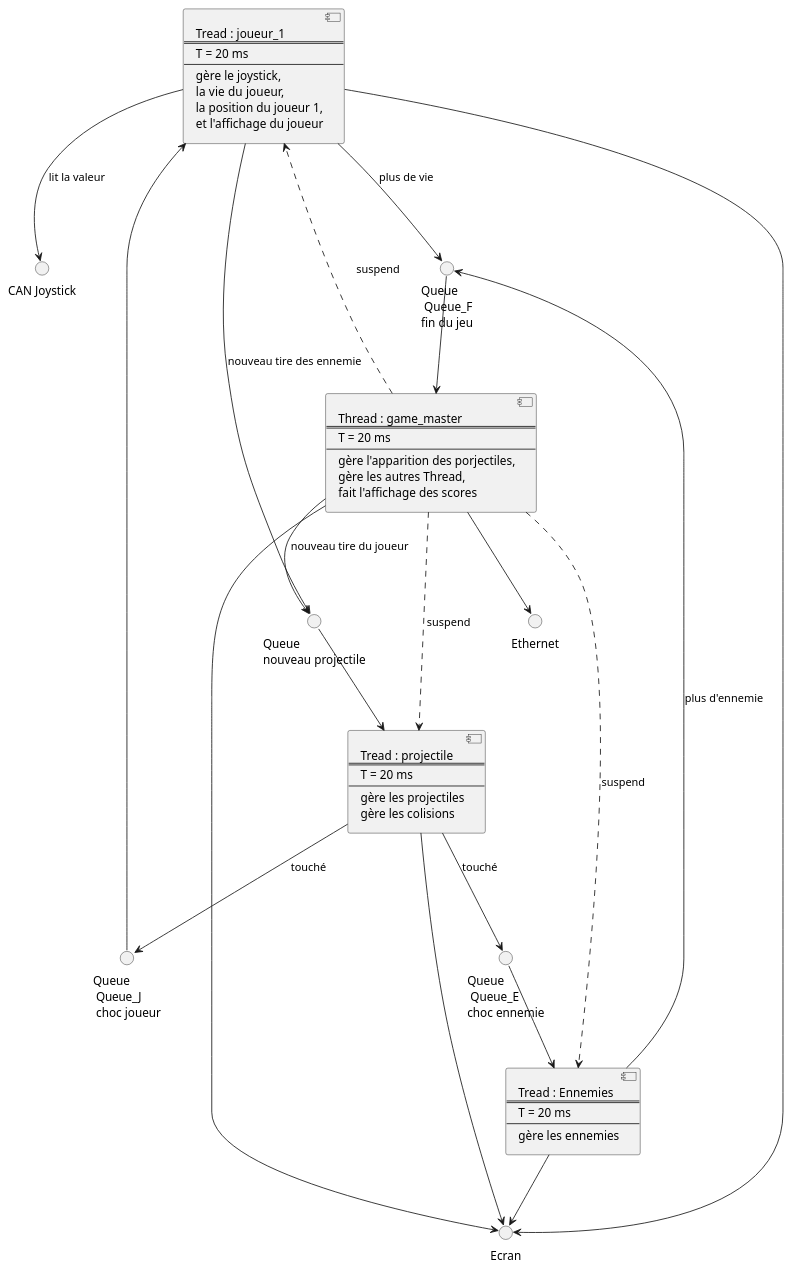
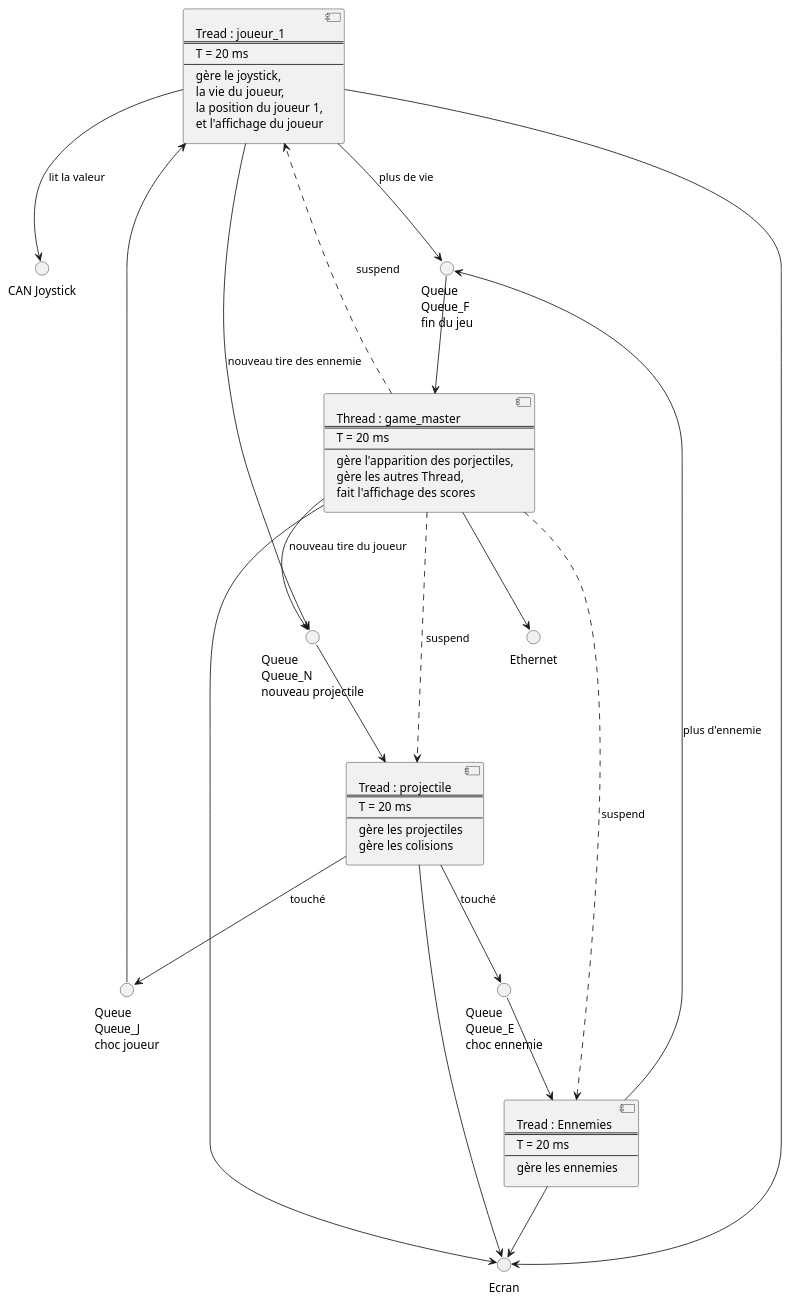
One commit to EmileClement/Space_Invaders changed the diagram in Biblio/UML/threads.puml. Above: the diagram before and after it, drawn with PlantUML.

```diff
--- a/Biblio/UML/threads.puml
+++ b/Biblio/UML/threads.puml
@@ -1,66 +1,66 @@
 @startuml Architecture projet
 interface "CAN Joystick" as CAN
 interface "Ecran" as LCD
 interface "Ethernet" as ether
-interface "Queue\n Queue_J\n choc joueur" as Queue_J
-interface "Queue\n Queue_E\nchoc ennemie" as Queue_E
-interface "Queue\n Queue_F\nfin du jeu" as Queue_F
-interface "Queue\nnouveau projectile" as Queue_N
+interface "Queue\nQueue_J\nchoc joueur" as Queue_J
+interface "Queue\nQueue_E\nchoc ennemie" as Queue_E
+interface "Queue\nQueue_F\nfin du jeu" as Queue_F
+interface "Queue\nQueue_N\nnouveau projectile" as Queue_N
 component t_gm[
 Thread : game_master
 ===
 T = 20 ms
 ---
 gère l'apparition des porjectiles,
 gère les autres Thread,
 fait l'affichage des scores
 ]
 component t_j1[
 Tread : joueur_1
 ===
 T = 20 ms
 ---
 gère le joystick,
 la vie du joueur,
 la position du joueur 1,
 et l'affichage du joueur
 ]
 component t_ennemie[
 Tread : Ennemies
 ===
 T = 20 ms
 ---
 gère les ennemies
 ]
 component t_proj[
 Tread : projectile
 ===
 T = 20 ms
 ---
 gère les projectiles
 gère les colisions
 ]
 [t_j1] --> CAN : lit la valeur
 [t_proj] --> Queue_E : touché
 [t_proj] --> Queue_J : touché
 Queue_E --> [t_ennemie]
 Queue_J --> [t_j1]
 [t_j1] --> Queue_F : plus de vie
 [t_ennemie] --> Queue_F : plus d'ennemie
 Queue_F --> [t_gm]
 [t_gm] --> Queue_N : nouveau tire du joueur
 [t_j1] --> Queue_N : nouveau tire des ennemie
 Queue_N --> [t_proj]
 
 [t_j1] --> LCD
 [t_ennemie] --> LCD
 [t_proj] --> LCD
 [t_gm] --> LCD
 
 [t_gm]-->ether
 
 [t_gm]..>[t_j1] : suspend
 [t_gm]..>[t_ennemie] : suspend
 [t_gm]..>[t_proj] : suspend
 
 @enduml
```
